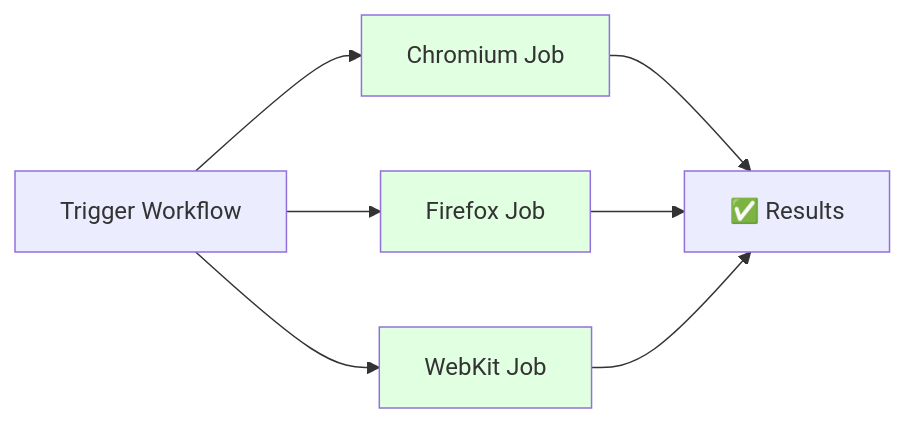
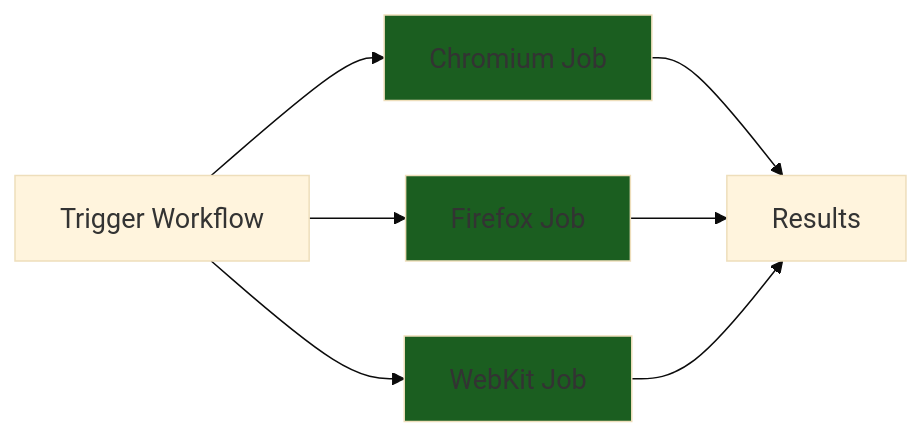
The seventh of 16 diagrams in courses/🟡-development/FPUNA-2026/01-DESARROLLO-SOFTWARE/especializaciones/qa-automation/04-integracion-ci-cd.md (Ai-Whisperers/Courses-Content), drawn with Mermaid before and after one commit. The commit also changed other lines of this file and 47 other files, not shown here.

First line of the commit message:
fix: Make all 473 diagrams WCAG AAA accessible (FPUNA-2026)

````diff
--- a/courses/🟡-development/FPUNA-2026/01-DESARROLLO-SOFTWARE/especializaciones/qa-automation/04-integracion-ci-cd.md
+++ b/courses/🟡-development/FPUNA-2026/01-DESARROLLO-SOFTWARE/especializaciones/qa-automation/04-integracion-ci-cd.md
@@ -366,14 +372,15 @@
 ```mermaid
+%%{init: {'theme':'base', 'themeVariables': {'fontSize':'18px'}}}%%
 graph LR
     A[Trigger Workflow] --> B[Chromium Job]
     A --> C[Firefox Job]
     A --> D[WebKit Job]
     
-    B --> E[✅ Results]
+    B --> E[Results]
     C --> E
     D --> E
     
-    style B fill:#E1FFE1
-    style C fill:#E1FFE1
-    style D fill:#E1FFE1
+    style B fill:#1b5e20
+    style C fill:#1b5e20
+    style D fill:#1b5e20
 ```
````
